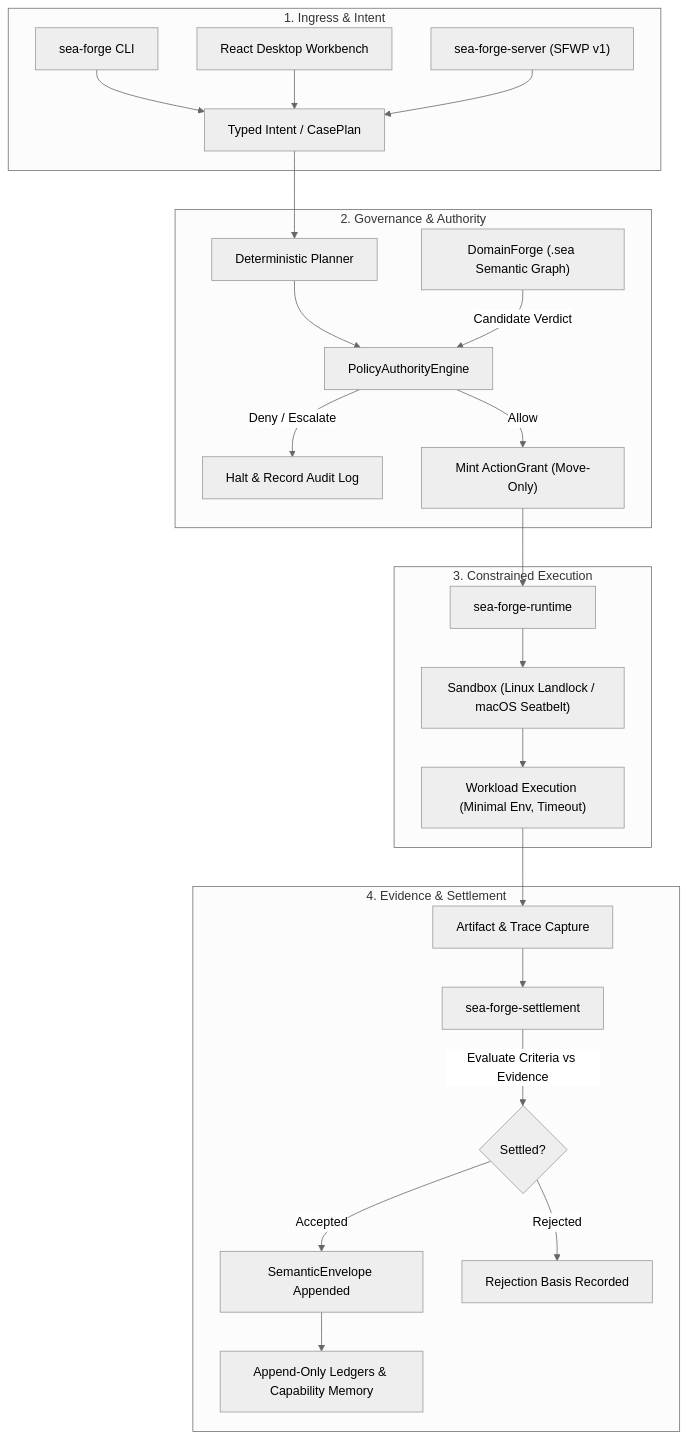
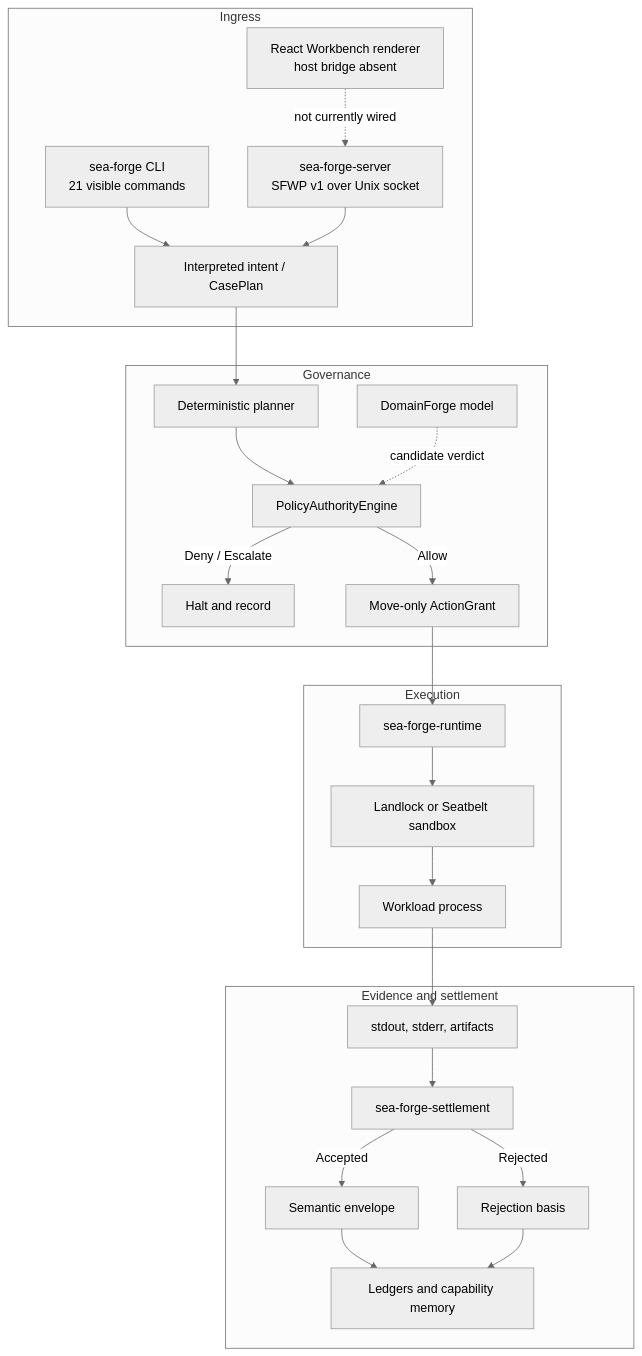
The diagram in docs/index.md (GodSpeedAI/SEA-Forge), drawn with Mermaid (neutral theme) before and after one commit. The commit also changed other lines of this file and 40 other files, not shown here.

First line of the commit message:
docs: refresh SEA-Forge documentation and add governed-run explainer (#49)

````diff
--- a/docs/index.md
+++ b/docs/index.md
@@ -37,32 +30,34 @@
 ```mermaid
 flowchart TB
-    subgraph INGRESS ["1. Ingress & Intent"]
-        CLI["sea-forge CLI"]
-        WB["React Desktop Workbench"]
-        SRV["sea-forge-server (SFWP v1)"]
-        CLI & WB & SRV --> INTENT["Typed Intent / CasePlan"]
+    subgraph INGRESS["Ingress"]
+        CLI["sea-forge CLI<br/>21 visible commands"]
+        SRV["sea-forge-server<br/>SFWP v1 over Unix socket"]
+        WB["React Workbench renderer<br/>host bridge absent"]
+        WB -.->|not currently wired| SRV
+        CLI --> INTENT["Interpreted intent / CasePlan"]
+        SRV --> INTENT
     end
 
-    subgraph GOVERNANCE ["2. Governance & Authority"]
-        PLANNER["Deterministic Planner"] --> AUTH["PolicyAuthorityEngine"]
-        DF["DomainForge (.sea Semantic Graph)"] -->|Candidate Verdict| AUTH
-        INTENT --> PLANNER
-        AUTH -->|Deny / Escalate| HALT["Halt & Record Audit Log"]
-        AUTH -->|Allow| GRANT["Mint ActionGrant (Move-Only)"]
+    subgraph GOVERNANCE["Governance"]
+        INTENT --> PLAN["Deterministic planner"]
+        PLAN --> AUTH["PolicyAuthorityEngine"]
+        DF["DomainForge model"] -.->|candidate verdict| AUTH
+        AUTH -->|Deny / Escalate| HALT["Halt and record"]
+        AUTH -->|Allow| GRANT["Move-only ActionGrant"]
     end
 
-    subgraph EXECUTION ["3. Constrained Execution"]
+    subgraph EXECUTION["Execution"]
         GRANT --> RUNTIME["sea-forge-runtime"]
-        RUNTIME --> JAIL["Sandbox (Linux Landlock / macOS Seatbelt)"]
-        JAIL --> CHILD["Workload Execution (Minimal Env, Timeout)"]
+        RUNTIME --> JAIL["Landlock or Seatbelt sandbox"]
+        JAIL --> CHILD["Workload process"]
     end
 
-    subgraph AUDIT ["4. Evidence & Settlement"]
-        CHILD --> CAPTURE["Artifact & Trace Capture"]
+    subgraph RECORD["Evidence and settlement"]
+        CHILD --> CAPTURE["stdout, stderr, artifacts"]
         CAPTURE --> SETTLE["sea-forge-settlement"]
-        SETTLE -->|Evaluate Criteria vs Evidence| VERDICT{"Settled?"}
-        VERDICT -->|Accepted| ENVELOPE["SemanticEnvelope Appended"]
-        VERDICT -->|Rejected| FAIL["Rejection Basis Recorded"]
-        ENVELOPE --> LEDGER["Append-Only Ledgers & Capability Memory"]
+        SETTLE -->|Accepted| ENV["Semantic envelope"]
+        SETTLE -->|Rejected| BASIS["Rejection basis"]
+        ENV --> LEDGER["Ledgers and capability memory"]
+        BASIS --> LEDGER
     end
 ```
````
